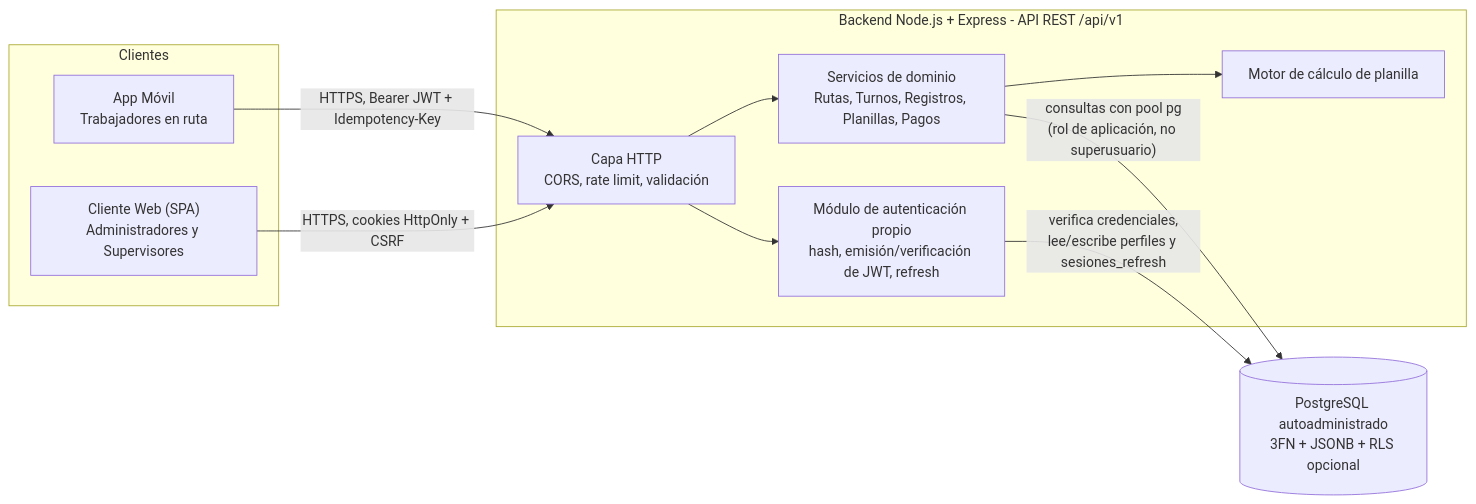
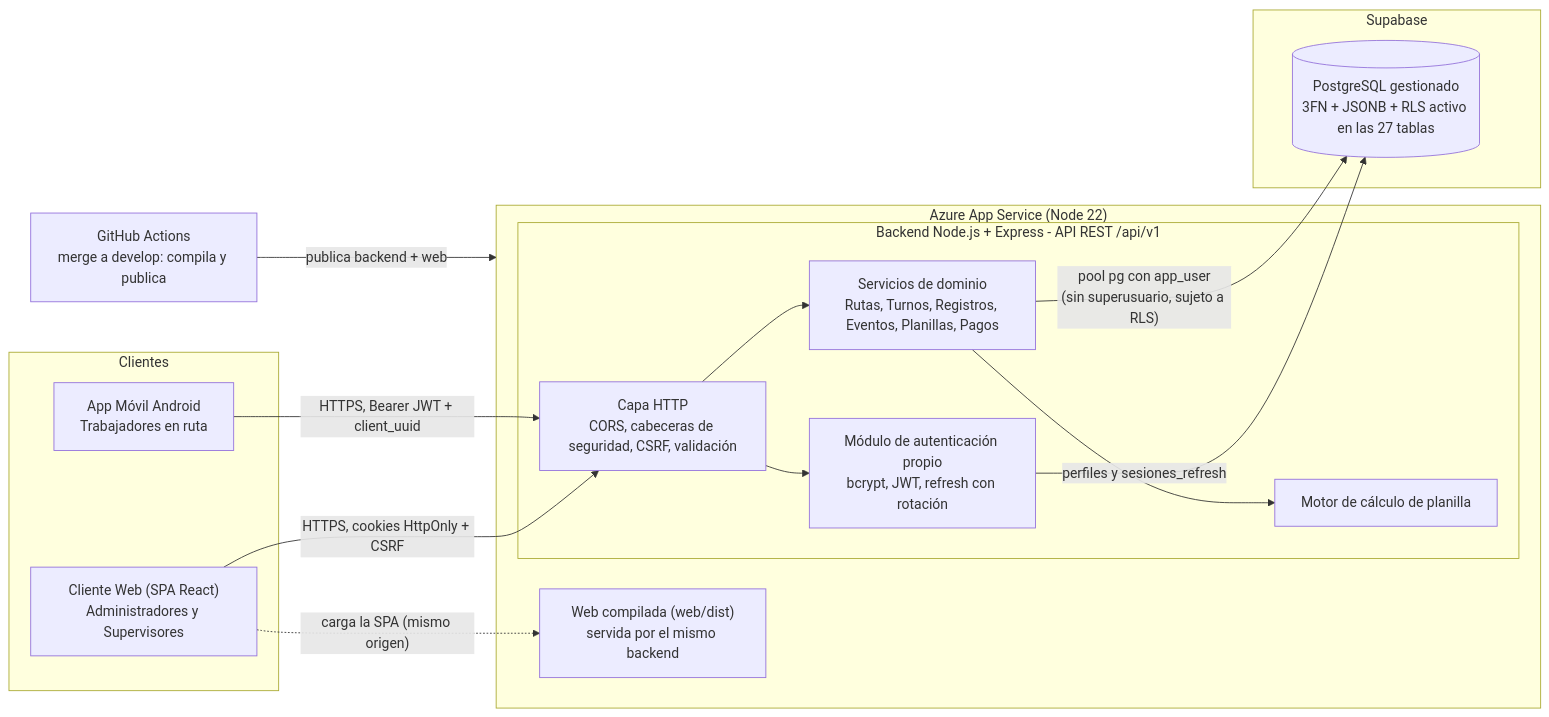
One commit to AgosAnt/planilla-sis changed the first of 4 diagrams in docs/arquitectura-tecnica.md. Above: the diagram before and after it, drawn with Mermaid. The commit also changed other lines of this file and 4 other files, not shown here.

````diff
--- a/docs/arquitectura-tecnica.md
+++ b/docs/arquitectura-tecnica.md
@@ -66,20 +110,28 @@
 ```mermaid
 flowchart LR
   subgraph Clientes["Clientes"]
-    W["Cliente Web (SPA)<br/>Administradores y Supervisores"]
-    M["App Móvil<br/>Trabajadores en ruta"]
+    W["Cliente Web (SPA React)<br/>Administradores y Supervisores"]
+    M["App Móvil Android<br/>Trabajadores en ruta"]
   end
-  subgraph BE["Backend Node.js + Express - API REST /api/v1"]
-    GW["Capa HTTP<br/>CORS, rate limit, validación"]
-    AUTH["Módulo de autenticación propio<br/>hash, emisión/verificación de JWT, refresh"]
-    SVC["Servicios de dominio<br/>Rutas, Turnos, Registros, Planillas, Pagos"]
-    CALC["Motor de cálculo de planilla"]
-    GW --> AUTH
-    GW --> SVC --> CALC
+  subgraph AZ["Azure App Service (Node 22)"]
+    subgraph BE["Backend Node.js + Express - API REST /api/v1"]
+      GW["Capa HTTP<br/>CORS, cabeceras de seguridad, CSRF, validación"]
+      AUTH["Módulo de autenticación propio<br/>bcrypt, JWT, refresh con rotación"]
+      SVC["Servicios de dominio<br/>Rutas, Turnos, Registros, Eventos, Planillas, Pagos"]
+      CALC["Motor de cálculo de planilla"]
+      GW --> AUTH
+      GW --> SVC --> CALC
+    end
+    STATIC["Web compilada (web/dist)<br/>servida por el mismo backend"]
   end
-  PG[("PostgreSQL autoadministrado<br/>3FN + JSONB + RLS opcional")]
+  subgraph SB["Supabase"]
+    PG[("PostgreSQL gestionado<br/>3FN + JSONB + RLS activo en las 27 tablas")]
+  end
+  GH["GitHub Actions<br/>merge a develop: compila y publica"]
   W -- "HTTPS, cookies HttpOnly + CSRF" --> GW
-  M -- "HTTPS, Bearer JWT + Idempotency-Key" --> GW
-  AUTH -- "verifica credenciales,<br/>lee/escribe perfiles y sesiones_refresh" --> PG
-  SVC -- "consultas con pool pg<br/>(rol de aplicación, no superusuario)" --> PG
+  W -. "carga la SPA (mismo origen)" .-> STATIC
+  M -- "HTTPS, Bearer JWT + client_uuid" --> GW
+  AUTH -- "perfiles y sesiones_refresh" --> PG
+  SVC -- "pool pg con app_user<br/>(sin superusuario, sujeto a RLS)" --> PG
+  GH -- "publica backend + web" --> AZ
 ```
````
